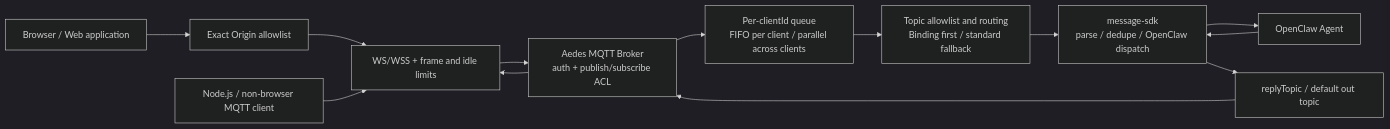
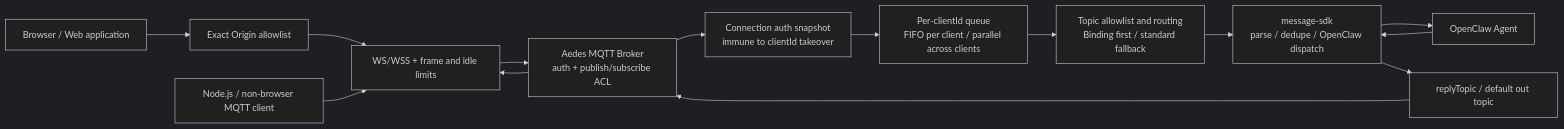
Before and after one commit to partme-ai/openclaw-plugins: the first of 3 diagrams in extensions/web-mqtt/README.md, drawn with Mermaid (dark theme). The commit also changed other lines of this file and 23 other files, not shown here.

````diff
--- a/extensions/web-mqtt/README.md
+++ b/extensions/web-mqtt/README.md
@@ -48,18 +48,19 @@
 ```mermaid
 flowchart LR
     Browser["Browser / Web application"]
     Device["Node.js / non-browser MQTT client"]
     Origin["Exact Origin allowlist"]
     WSS["WS/WSS + frame and idle limits"]
     Aedes["Aedes MQTT Broker\nauth + publish/subscribe ACL"]
+    Identity["Connection auth snapshot\nimmune to clientId takeover"]
     Queue["Per-clientId queue\nFIFO per client / parallel across clients"]
     Route["Topic allowlist and routing\nBinding first / standard fallback"]
     SDK["message-sdk\nparse / dedupe / OpenClaw dispatch"]
     Agent["OpenClaw Agent"]
     Reply["replyTopic / default out topic"]
 
     Browser --> Origin --> WSS
     Device --> WSS
-    WSS --> Aedes --> Queue --> Route --> SDK --> Agent
+    WSS --> Aedes --> Identity --> Queue --> Route --> SDK --> Agent
     Agent --> SDK --> Reply --> Aedes --> WSS
 ```
````
